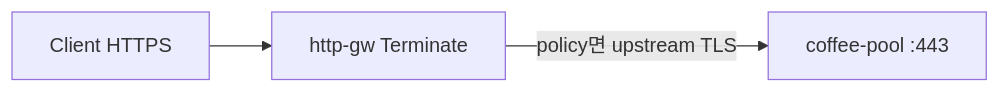
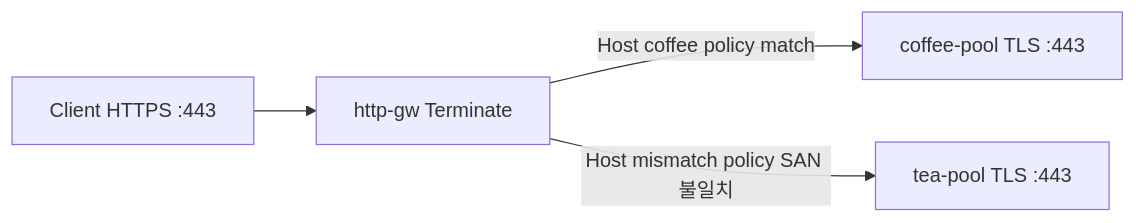
Before and after one commit to mink0119/2609_f5bnk: the diagram in Advanced_Feature/3.7_BackendTLSPolicy_HostnameSAN/README.md, drawn with Mermaid. The commit also changed other lines of this file and 12 other files, not shown here.

````diff
--- a/Advanced_Feature/3.7_BackendTLSPolicy_HostnameSAN/README.md
+++ b/Advanced_Feature/3.7_BackendTLSPolicy_HostnameSAN/README.md
@@ -8,5 +29,6 @@
 ```mermaid
 flowchart LR
-  C[Client HTTPS] --> VIP[http-gw Terminate]
-  VIP -->|policy면 upstream TLS| P1["coffee-pool :443"]
+  C[Client HTTPS :443] --> GW["http-gw Terminate"]
+  GW -->|Host coffee policy match| P1["coffee-pool TLS :443"]
+  GW -->|Host mismatch policy SAN 불일치| P2["tea-pool TLS :443"]
 ```
````
